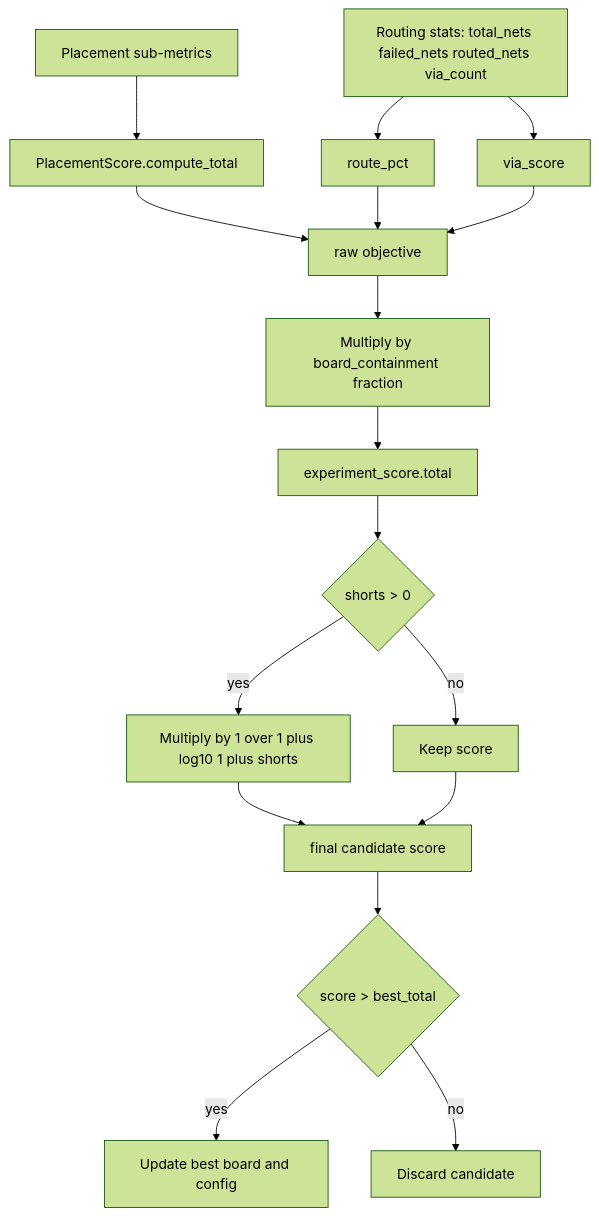
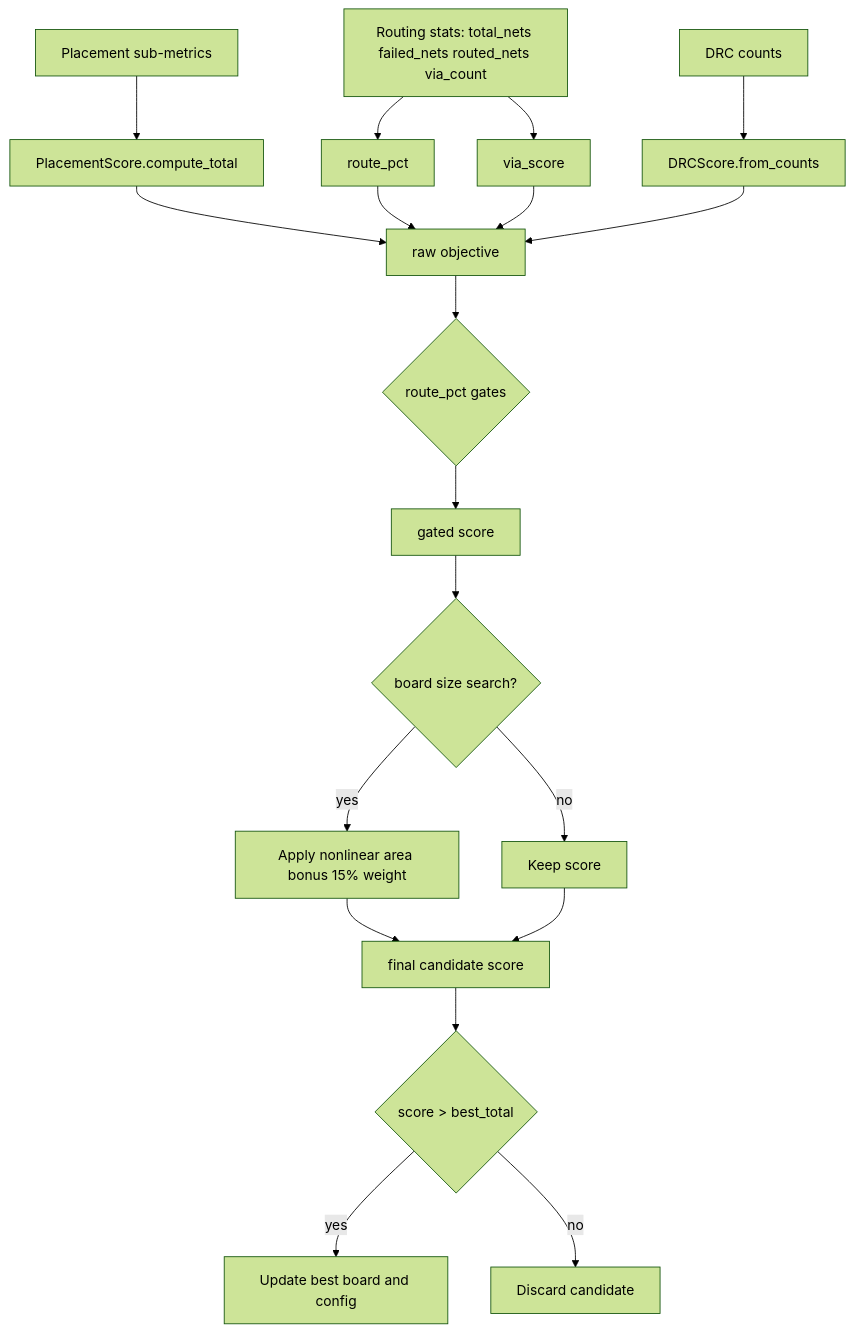
The diagram in docs/scoring.md (laforestlabs/LLUPS), drawn with Mermaid (forest theme) before and after one commit. The commit also changed other lines of this file and 26 other files, not shown here.

````diff
--- a/docs/scoring.md
+++ b/docs/scoring.md
@@ -63,19 +99,21 @@
 ```mermaid
 flowchart TD
   placeMetrics[Placement sub-metrics] --> placeTotal[PlacementScore.compute_total]
   routeStats[Routing stats: total_nets failed_nets routed_nets via_count] --> routePct[route_pct]
   routeStats --> viaScore[via_score]
   placeTotal --> rawScore[raw objective]
   routePct --> rawScore
   viaScore --> rawScore
-  rawScore --> containMult[Multiply by board_containment fraction]
-  containMult --> postContainment[experiment_score.total]
-  postContainment --> drcShorts{shorts > 0}
-  drcShorts -->|yes| shortsPenalty[Multiply by 1 over 1 plus log10 1 plus shorts]
-  drcShorts -->|no| noPenalty[Keep score]
-  shortsPenalty --> finalScore[final candidate score]
-  noPenalty --> finalScore
+  drcDict[DRC counts] --> drcScore[DRCScore.from_counts]
+  drcScore --> rawScore
+  rawScore --> hardGates{route_pct gates}
+  hardGates --> gated[gated score]
+  gated --> areaCheck{board size search?}
+  areaCheck -->|yes| areaBonus[Apply nonlinear area bonus 15% weight]
+  areaCheck -->|no| noArea[Keep score]
+  areaBonus --> finalScore[final candidate score]
+  noArea --> finalScore
   finalScore --> keepDecision{score > best_total}
   keepDecision -->|yes| kept[Update best board and config]
   keepDecision -->|no| dropped[Discard candidate]
 ```
````
